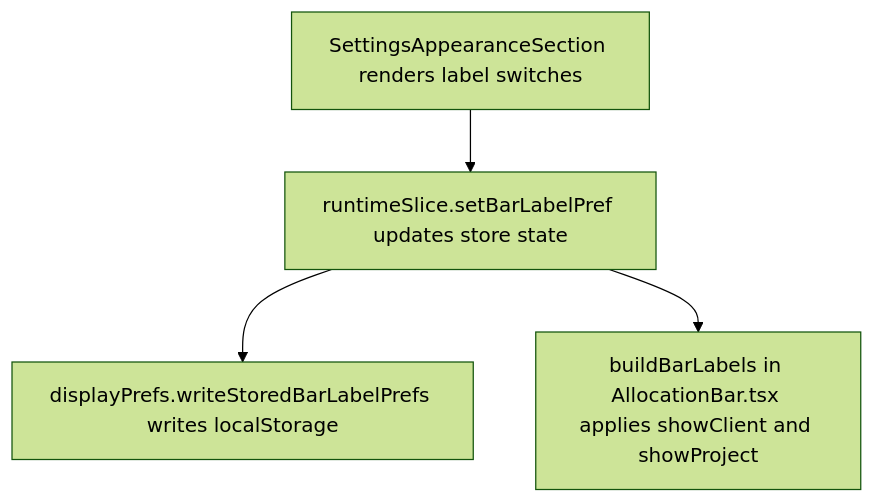
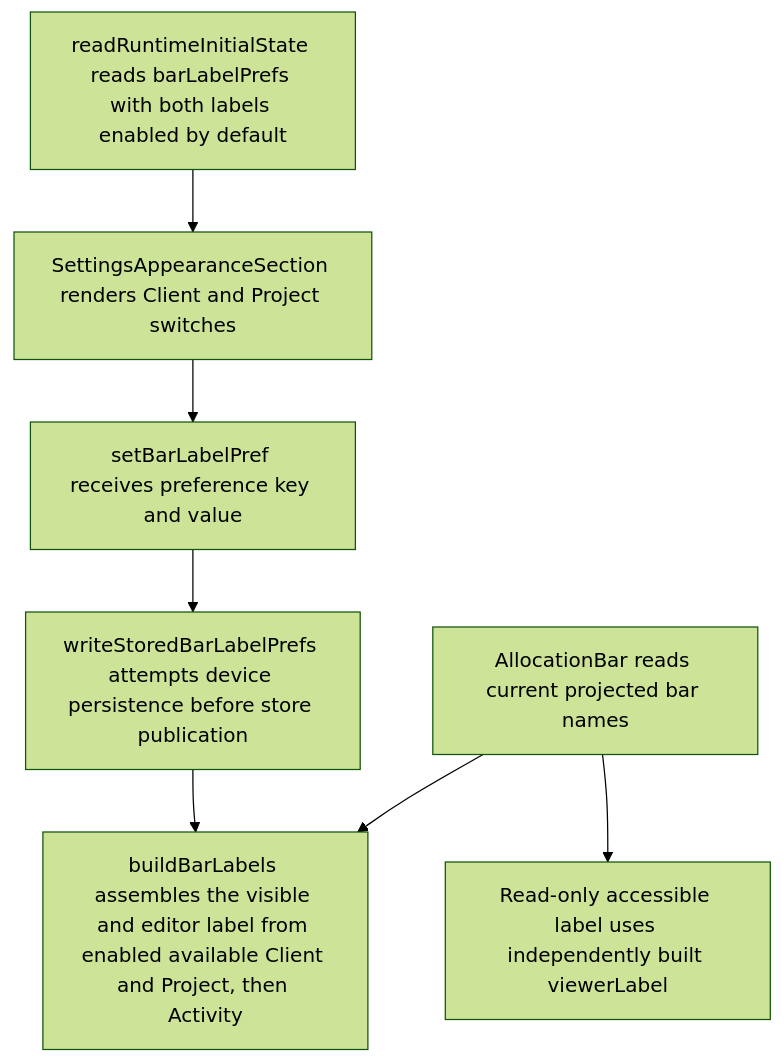
Before and after one commit to Kevinjohn/capacitylens: the second of 2 diagrams in user-stories/settings/US-SET-02-bar-labels.md, drawn with Mermaid (forest theme). The commit also changed other lines of this file and 172 other files, not shown here.

Commit message:
docs: reconcile user story code flows with source

````diff
--- a/user-stories/settings/US-SET-02-bar-labels.md
+++ b/user-stories/settings/US-SET-02-bar-labels.md
@@ -28,6 +28,9 @@
 ```mermaid
 flowchart TD
-  settings["SettingsAppearanceSection renders label switches"] --> setter["runtimeSlice.setBarLabelPref updates store state"]
-  setter --> storage["displayPrefs.writeStoredBarLabelPrefs writes localStorage"]
-  setter --> bar["buildBarLabels in AllocationBar.tsx applies showClient and showProject"]
+  initial["readRuntimeInitialState reads barLabelPrefs with both labels enabled by default"] --> controls["SettingsAppearanceSection renders Client and Project switches"]
+  controls --> action["setBarLabelPref receives preference key and value"]
+  action --> storage["writeStoredBarLabelPrefs attempts device persistence before store publication"]
+  storage --> bar["buildBarLabels assembles the visible and editor label from enabled available Client and Project, then Activity"]
+  scope["AllocationBar reads current projected bar names"] --> bar
+  scope --> aria["Read-only accessible label uses independently built viewerLabel"]
 ```
````
